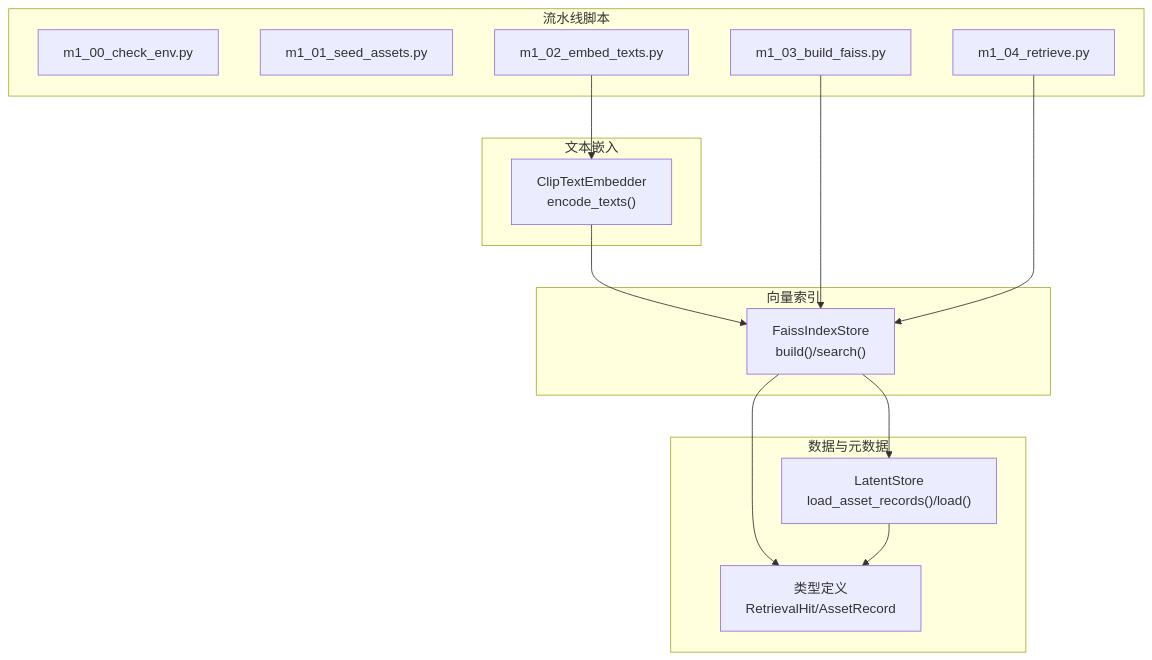
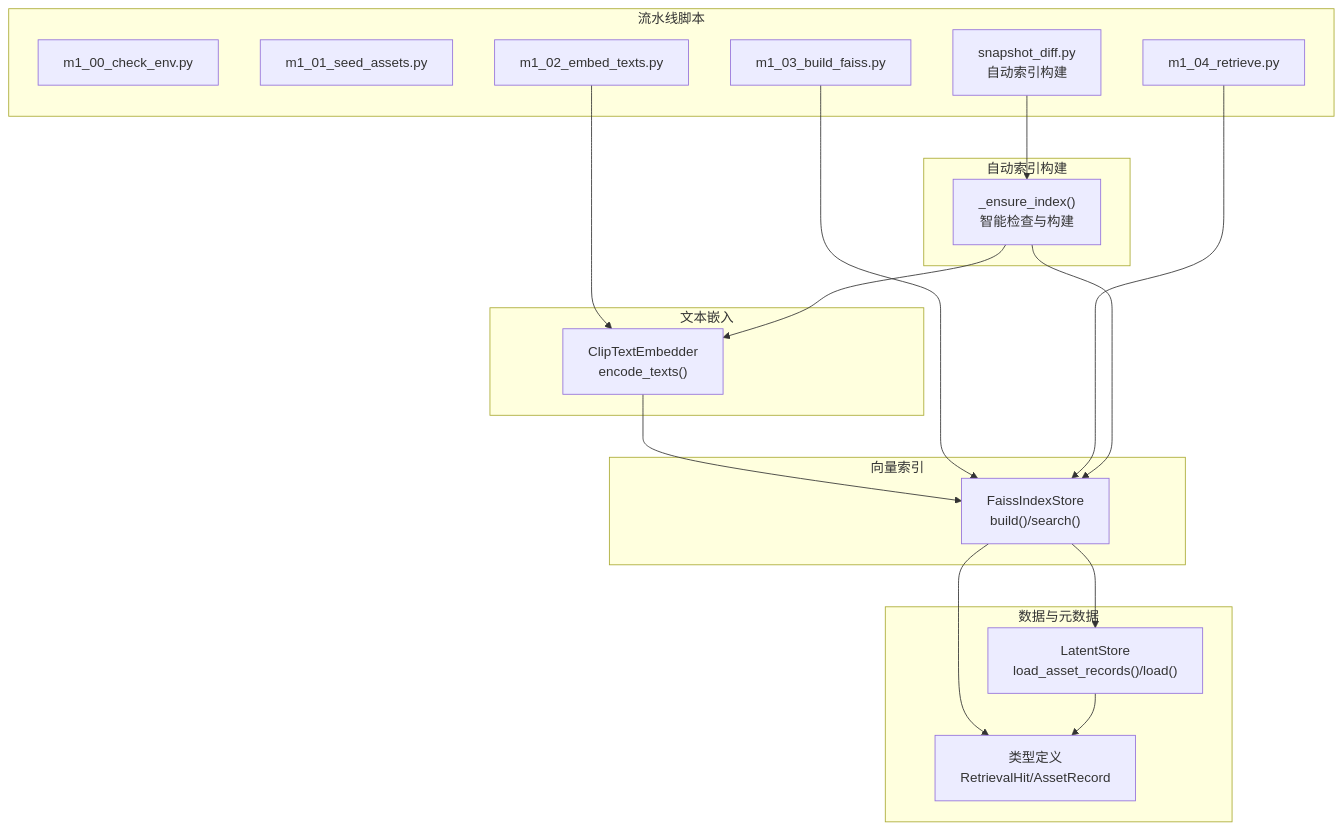
Before and after one commit to wsqstar/RoadGen3D: the first of 7 diagrams in .qoder/repowiki/zh/content/资产管理/资产检索系统.md, drawn with Mermaid. The commit also changed other lines of this file and 12 other files, not shown here.

````diff
--- a/.qoder/repowiki/zh/content/资产管理/资产检索系统.md
+++ b/.qoder/repowiki/zh/content/资产管理/资产检索系统.md
@@ -48,27 +59,34 @@
 ```mermaid
 graph TB
 subgraph "文本嵌入"
 E1["ClipTextEmbedder<br/>encode_texts()"]
 end
 subgraph "向量索引"
 I1["FaissIndexStore<br/>build()/search()"]
+end
+subgraph "自动索引构建"
+A1["_ensure_index()<br/>智能检查与构建"]
 end
 subgraph "数据与元数据"
 L1["LatentStore<br/>load_asset_records()/load()"]
 T1["类型定义<br/>RetrievalHit/AssetRecord"]
 end
 subgraph "流水线脚本"
 S1["m1_00_check_env.py"]
 S2["m1_01_seed_assets.py"]
 S3["m1_02_embed_texts.py"]
 S4["m1_03_build_faiss.py"]
 S5["m1_04_retrieve.py"]
+SD["snapshot_diff.py<br/>自动索引构建"]
 end
 S3 --> E1
 E1 --> I1
 S4 --> I1
 S5 --> I1
+SD --> A1
+A1 --> E1
+A1 --> I1
 I1 --> L1
 I1 --> T1
 L1 --> T1
 ```
````
